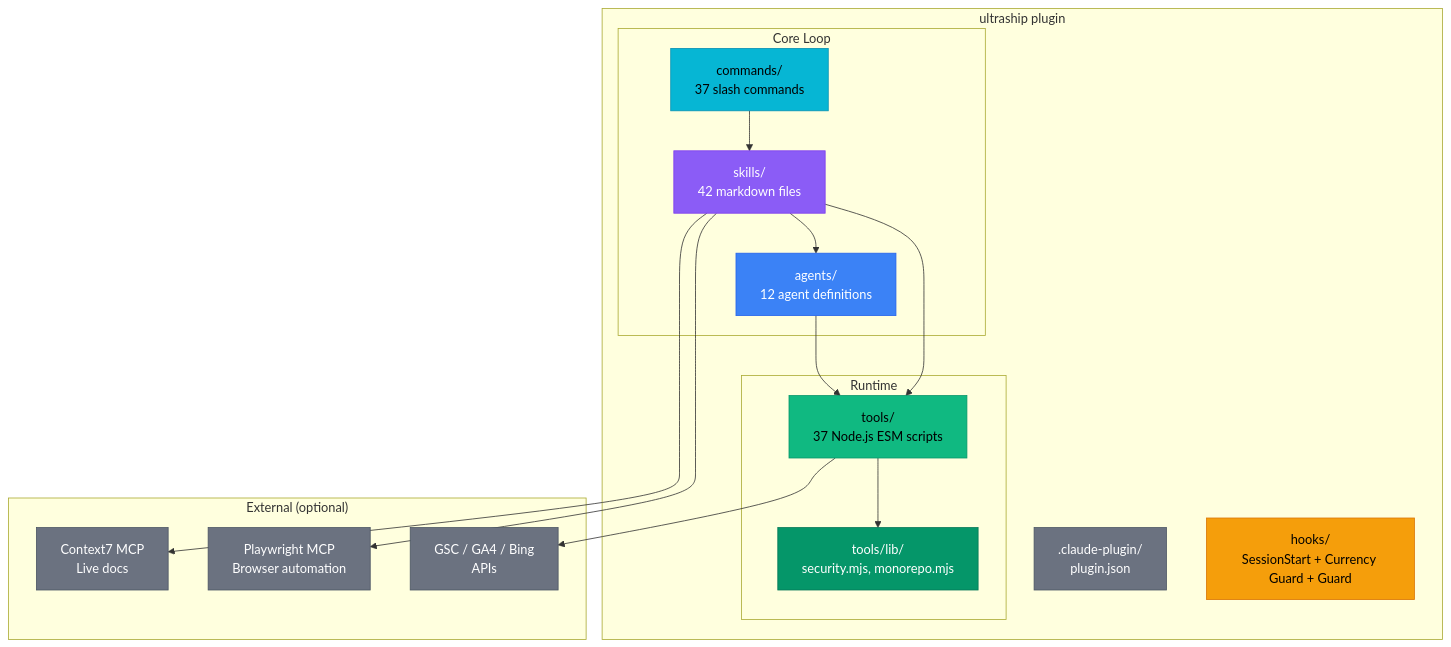
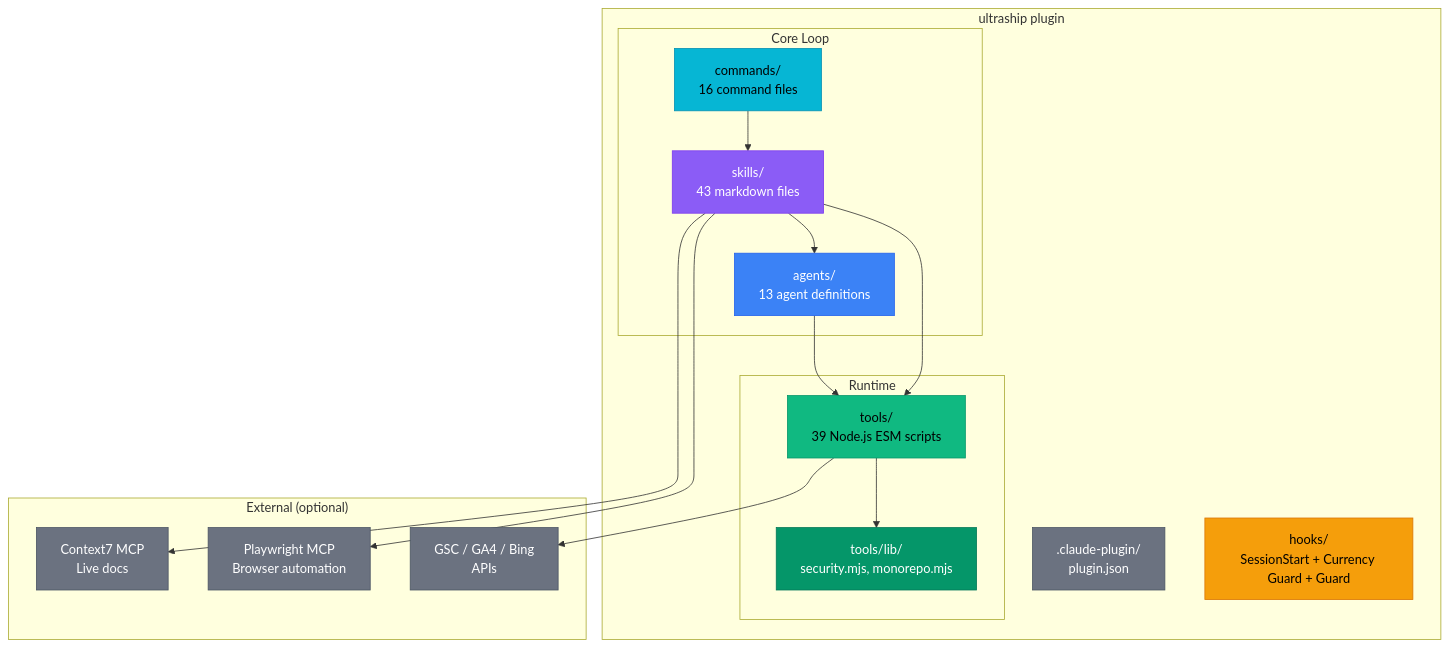
Before and after one commit to Houseofmvps/ultraship: the seventh of 7 diagrams in README.md, drawn with Mermaid. The commit also changed other lines of this file and 37 other files, not shown here.

````diff
--- a/README.md
+++ b/README.md
@@ -423,44 +408,44 @@
 ```mermaid
 flowchart TD
     subgraph Plugin["ultraship plugin"]
         MANIFEST[".claude-plugin/<br/>plugin.json"]
         HOOKS["hooks/<br/>SessionStart + Currency Guard + Guard"]
 
         subgraph Core["Core Loop"]
-            SKILLS["skills/<br/>42 markdown files"]
-            AGENTS["agents/<br/>12 agent definitions"]
-            COMMANDS["commands/<br/>37 slash commands"]
+            SKILLS["skills/<br/>43 markdown files"]
+            AGENTS["agents/<br/>13 agent definitions"]
+            COMMANDS["commands/<br/>16 command files"]
         end
 
         subgraph Runtime["Runtime"]
-            TOOLS["tools/<br/>37 Node.js ESM scripts"]
+            TOOLS["tools/<br/>39 Node.js ESM scripts"]
             LIB["tools/lib/<br/>security.mjs, monorepo.mjs"]
         end
     end
 
     subgraph External["External (optional)"]
         MCP1["Context7 MCP<br/>Live docs"]
         MCP2["Playwright MCP<br/>Browser automation"]
         GSC2["GSC / GA4 / Bing<br/>APIs"]
     end
 
     COMMANDS --> SKILLS
     SKILLS --> AGENTS
     SKILLS --> TOOLS
     AGENTS --> TOOLS
     TOOLS --> LIB
     TOOLS --> GSC2
     SKILLS --> MCP1
     SKILLS --> MCP2
 
     style MANIFEST fill:#6b7280,stroke:#4b5563,color:#fff
     style HOOKS fill:#f59e0b,stroke:#d97706,color:#000
     style SKILLS fill:#8b5cf6,stroke:#7c3aed,color:#fff
     style AGENTS fill:#3b82f6,stroke:#2563eb,color:#fff
     style COMMANDS fill:#06b6d4,stroke:#0891b2,color:#000
     style TOOLS fill:#10b981,stroke:#059669,color:#000
     style LIB fill:#059669,stroke:#047857,color:#fff
     style MCP1 fill:#6b7280,stroke:#4b5563,color:#fff
     style MCP2 fill:#6b7280,stroke:#4b5563,color:#fff
     style GSC2 fill:#6b7280,stroke:#4b5563,color:#fff
 ```
````
